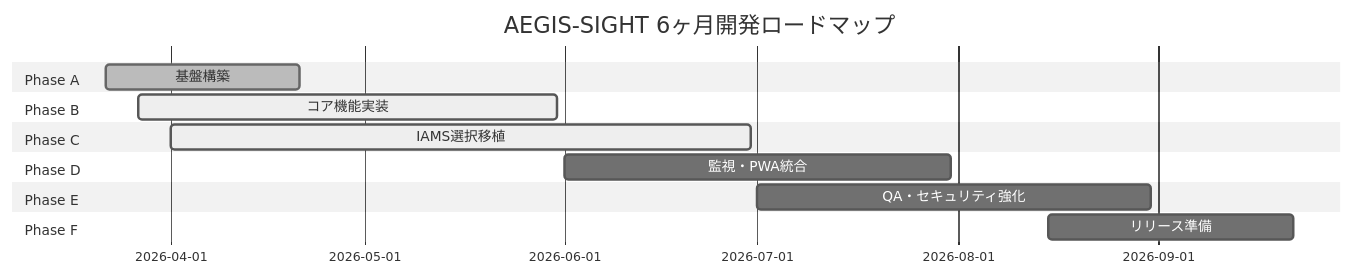
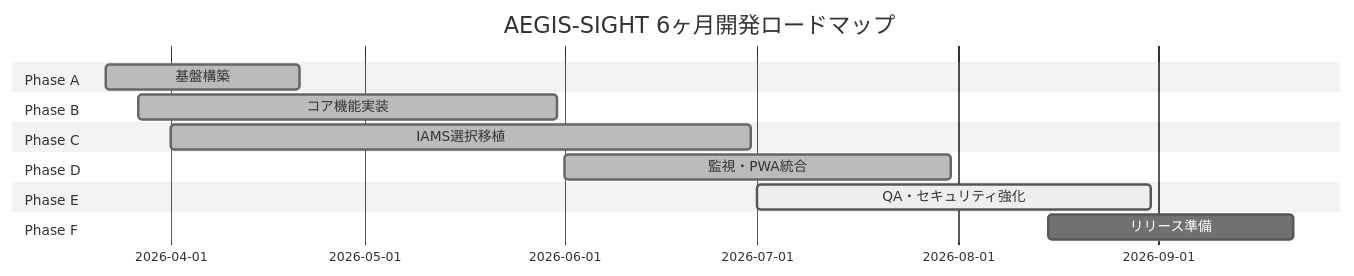
Before and after one commit to Kensan196948G/AEGIS-SIGHT: the first of 2 diagrams in docs/development-phases/00_overview/全体開発フェーズ計画.md, drawn with Mermaid (neutral theme). The commit also changed other lines of this file and 4 other files, not shown here.

````diff
--- a/docs/development-phases/00_overview/全体開発フェーズ計画.md
+++ b/docs/development-phases/00_overview/全体開発フェーズ計画.md
@@ -16,17 +16,17 @@
 ```mermaid
 gantt
     title AEGIS-SIGHT 6ヶ月開発ロードマップ
     dateFormat  YYYY-MM-DD
     section Phase A
     基盤構築         :done,    phaseA, 2026-03-22, 2026-04-21
     section Phase B
-    コア機能実装     :active,  phaseB, 2026-03-27, 2026-05-31
+    コア機能実装     :done,    phaseB, 2026-03-27, 2026-05-31
     section Phase C
-    IAMS選択移植     :active,  phaseC, 2026-04-01, 2026-06-30
+    IAMS選択移植     :done,    phaseC, 2026-04-01, 2026-06-30
     section Phase D
-    監視・PWA統合    :         phaseD, 2026-06-01, 2026-07-31
+    監視・PWA統合    :done,    phaseD, 2026-06-01, 2026-07-31
     section Phase E
-    QA・セキュリティ強化 :     phaseE, 2026-07-01, 2026-08-31
+    QA・セキュリティ強化 :active, phaseE, 2026-07-01, 2026-08-31
     section Phase F
     リリース準備     :         phaseF, 2026-08-15, 2026-09-22
 ```
````
